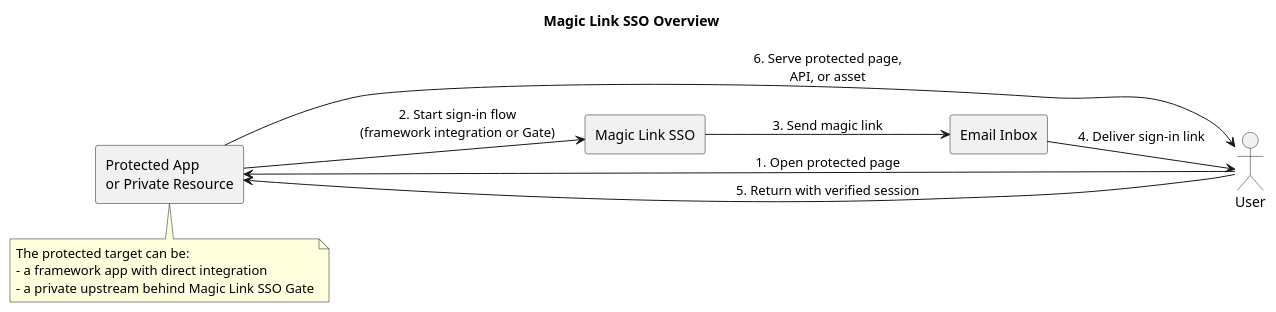
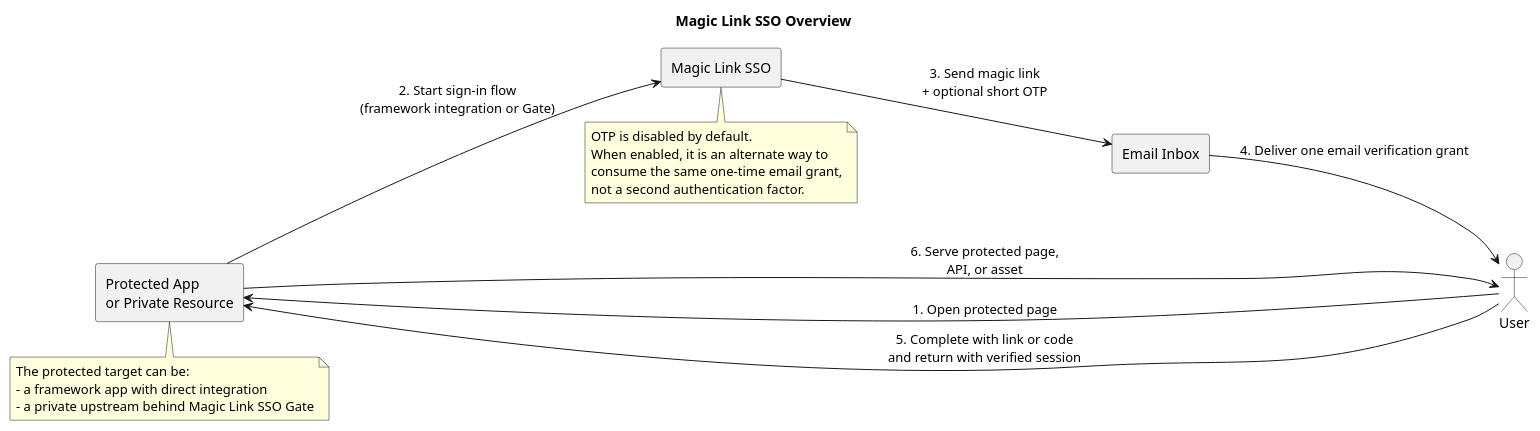
One commit to magic-link-sso/magic-sso changed the diagram in docs/MagicLinkSSO-Overview.puml. Above: the diagram before and after it, drawn with PlantUML. The commit also changed 117 other files, not shown here.

Commit message:
feat: add email OTP security

```diff
--- a/docs/MagicLinkSSO-Overview.puml
+++ b/docs/MagicLinkSSO-Overview.puml
@@ -1,25 +1,32 @@
 @startuml MagicLinkSSO-Overview
 
 title Magic Link SSO Overview
 
 left to right direction
 
 actor User
 rectangle "Protected App\nor Private Resource" as App
 rectangle "Magic Link SSO" as SSO
 rectangle "Email Inbox" as Email
 
 User --> App : 1. Open protected page
 App --> SSO : 2. Start sign-in flow\n(framework integration or Gate)
-SSO --> Email : 3. Send magic link
-Email --> User : 4. Deliver sign-in link
-User --> App : 5. Return with verified session
+SSO --> Email : 3. Send magic link\n+ optional short OTP
+Email --> User : 4. Deliver one email verification grant
+User --> App : 5. Complete with link or code\nand return with verified session
 App --> User : 6. Serve protected page,\nAPI, or asset
 
 note bottom of App
 The protected target can be:
 - a framework app with direct integration
 - a private upstream behind Magic Link SSO Gate
 end note
 
+note bottom of SSO
+OTP is disabled by default.
+When enabled, it is an alternate way to
+consume the same one-time email grant,
+not a second authentication factor.
+end note
+
 @enduml
```
